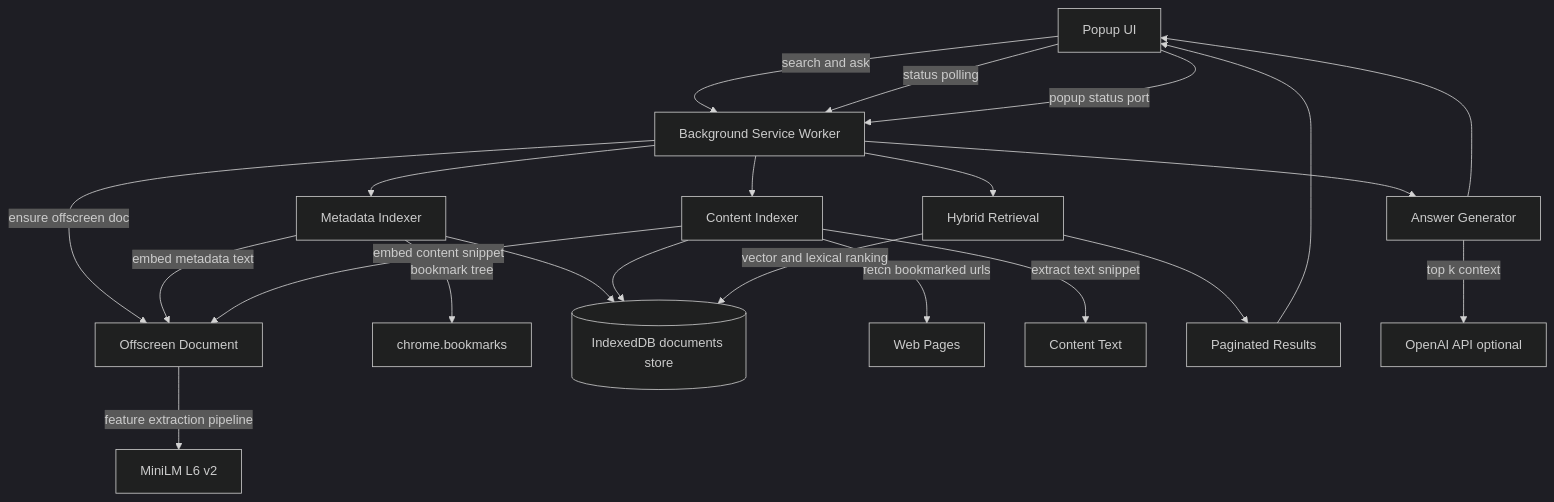
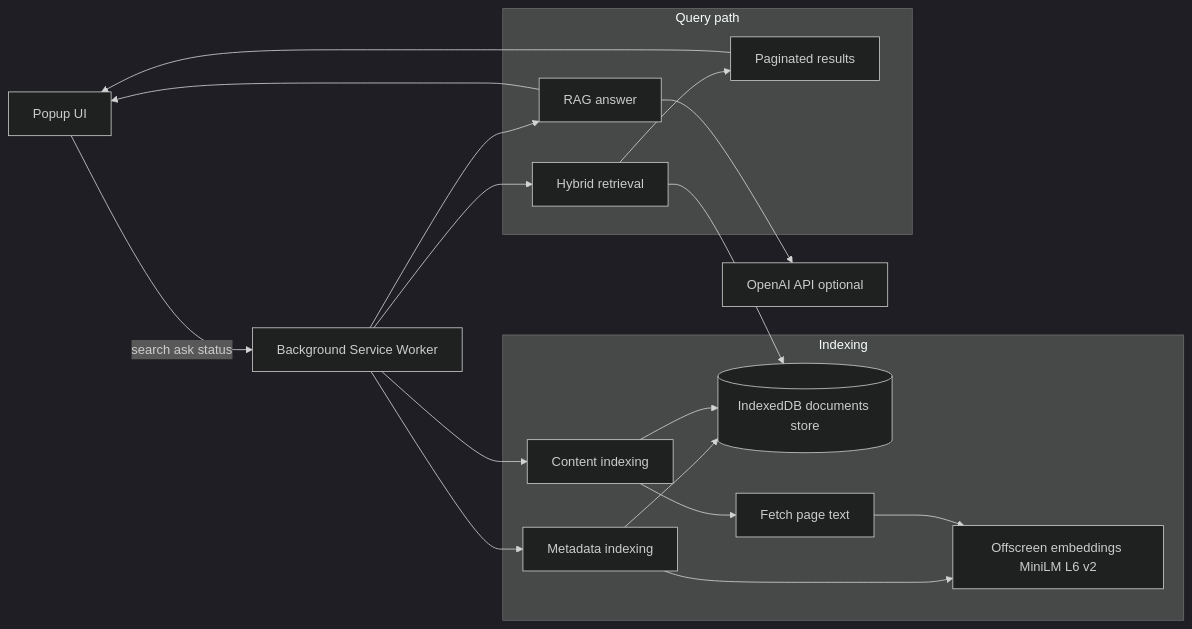
The diagram in README.md (cabernal/bookmark-rag-extension), drawn with Mermaid (dark theme) before and after one commit.

Commit message:
Simplify README architecture Mermaid diagram

````diff
--- a/README.md
+++ b/README.md
@@ -59,29 +59,36 @@
 ```mermaid
-flowchart TD
-    U[Popup UI] -->|search and ask| BG[Background Service Worker]
-    U -->|status polling| BG
-    U -->|popup status port| BG
+flowchart LR
+    U[Popup UI]
+    BG[Background Service Worker]
+    DB[(IndexedDB documents store)]
+    EMB[Offscreen embeddings MiniLM L6 v2]
+    OAI[OpenAI API optional]
 
-    BG -->|ensure offscreen doc| OF[Offscreen Document]
-    OF -->|feature extraction pipeline| M[MiniLM L6 v2]
+    U -->|search ask status| BG
 
-    BG --> IDX1[Metadata Indexer]
-    IDX1 -->|bookmark tree| BKM[chrome.bookmarks]
-    IDX1 -->|embed metadata text| OF
-    IDX1 --> DB[(IndexedDB documents store)]
+    subgraph Indexing
+        MIDX[Metadata indexing]
+        CIDX[Content indexing]
+        FETCH[Fetch page text]
+        MIDX --> EMB
+        MIDX --> DB
+        CIDX --> FETCH --> EMB
+        CIDX --> DB
+    end
 
-    BG --> IDX2[Content Indexer]
-    IDX2 -->|fetch bookmarked urls| WEB[Web Pages]
-    IDX2 -->|extract text snippet| TXT[Content Text]
-    IDX2 -->|embed content snippet| OF
-    IDX2 --> DB
+    BG --> MIDX
+    BG --> CIDX
 
-    BG --> SRCH[Hybrid Retrieval]
-    SRCH -->|vector and lexical ranking| DB
-    SRCH --> RES[Paginated Results]
-    RES --> U
+    subgraph QueryPath[Query path]
+        RET[Hybrid retrieval]
+        RES[Paginated results]
+        RAG[RAG answer]
+    end
 
-    BG --> RAG[Answer Generator]
-    RAG -->|top k context| OAI[OpenAI API optional]
-    RAG --> U
+    BG --> RET
+    RET --> DB
+    RET --> RES --> U
+
+    BG --> RAG --> U
+    RAG --> OAI
 ```
````
